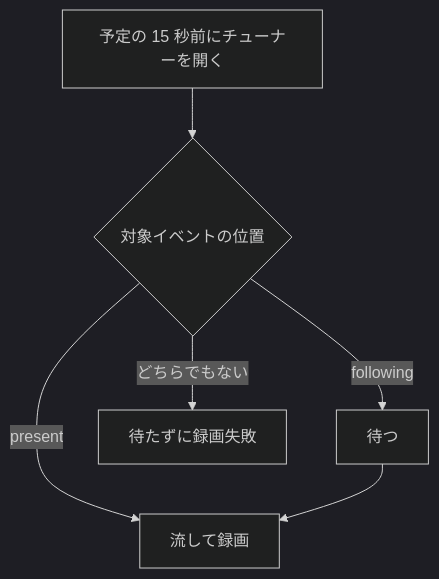
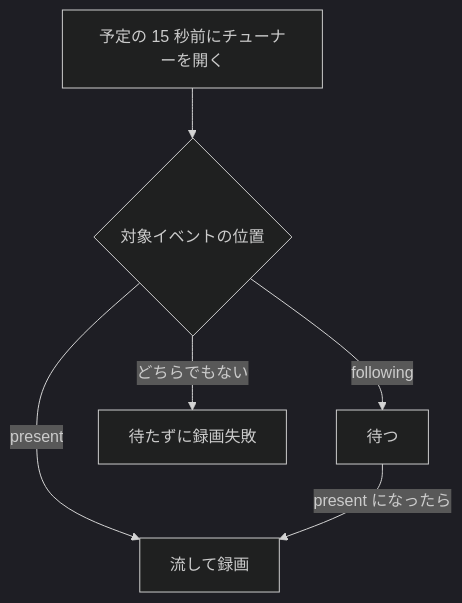
One commit to fetburner/rokuban changed the diagram in docs/recording/delegation.md. Above: the diagram before and after it, drawn with Mermaid (dark theme). The commit also changed other lines of this file and 19 other files, not shown here.

Commit message:
K-19 レビュー指摘: 意味のずれ・落ちた条件・図とコードの食い違いを直す

````diff
--- a/docs/recording/delegation.md
+++ b/docs/recording/delegation.md
@@ -137,8 +145,8 @@
 ```mermaid
 flowchart TD
     open[予定の 15 秒前にチューナーを開く] --> eit{対象イベントの位置}
     eit -->|present| rec[流して録画]
     eit -->|following| wait[待つ]
-    wait --> rec
+    wait -->|present になったら| rec
     eit -->|どちらでもない| fail[待たずに録画失敗]
 ```
````
